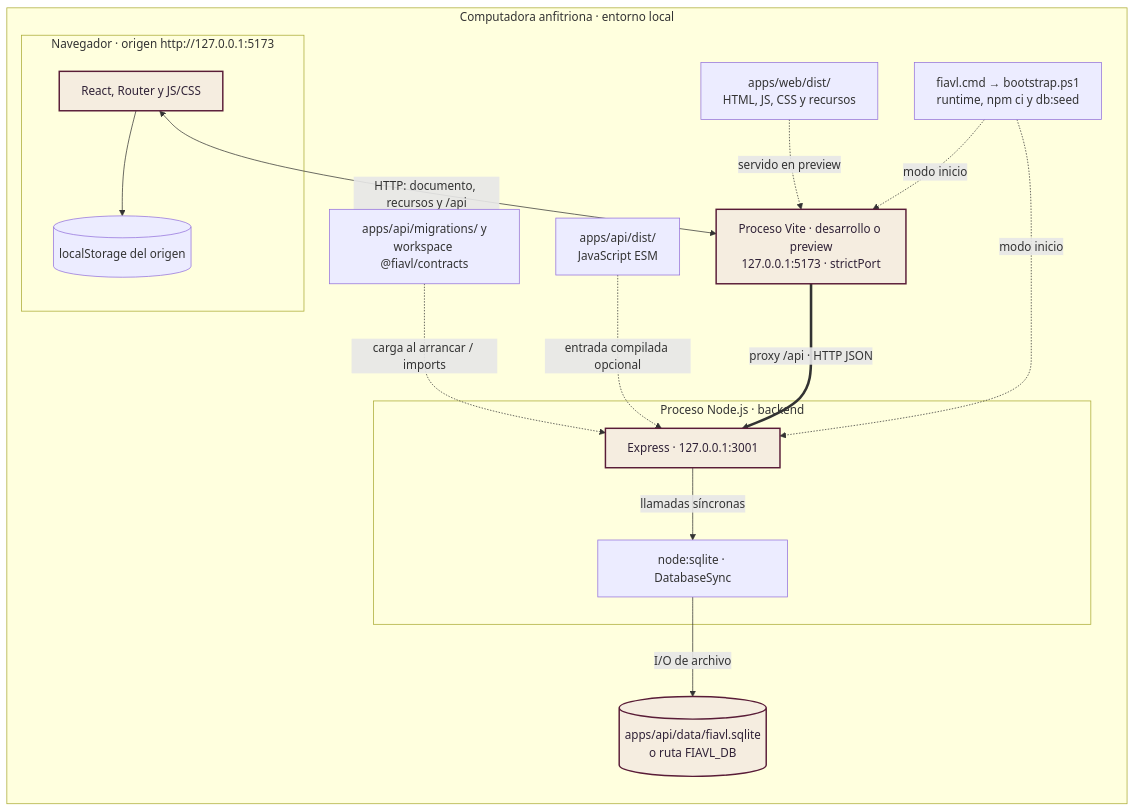
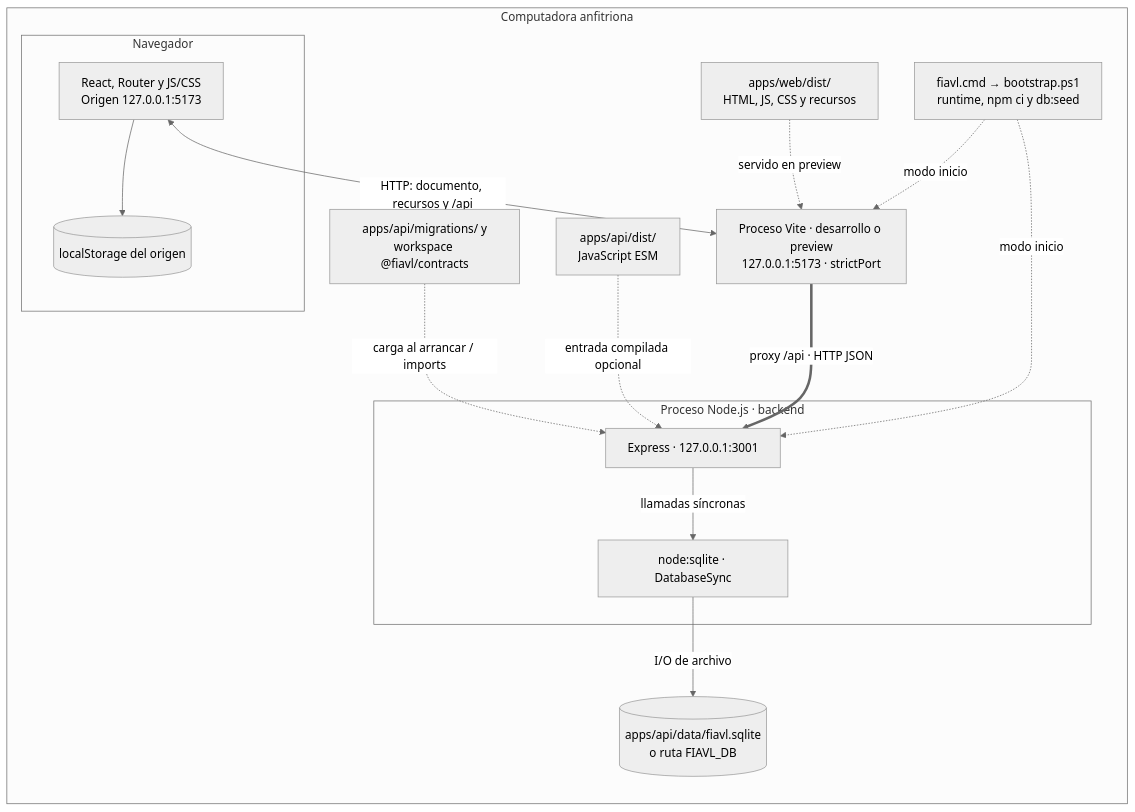
Before and after one commit to magomez36/FIAVL_Arquitectura-de-Software: the diagram in docs/architecture/04-vista-fisica.md, drawn with Mermaid. The commit also changed 143 other files, not shown here.

Commit message:
docs(architecture): simplifica documentacion y corrige exportacion completa del PDF

````diff
--- a/docs/architecture/04-vista-fisica.md
+++ b/docs/architecture/04-vista-fisica.md
@@ -9,32 +9,34 @@
 ```mermaid
+---
+config:
+  theme: neutral
+---
 flowchart TB
-  subgraph HOST["Computadora anfitriona · entorno local"]
+  subgraph HOST["Computadora anfitriona"]
     direction TB
     BOOT["fiavl.cmd → bootstrap.ps1<br/>runtime, npm ci y db:seed"]
-    subgraph B["Navegador · origen http://127.0.0.1:5173"]
-      APP["React, Router y JS/CSS"]
+    subgraph B["Navegador"]
+      APP["React, Router y JS/CSS<br/>Origen 127.0.0.1:5173"]
       LS[("localStorage del origen")]
       APP --> LS
     end
     VITE["Proceso Vite · desarrollo o preview<br/>127.0.0.1:5173 · strictPort"]
     subgraph N["Proceso Node.js · backend"]
       HTTP["Express · 127.0.0.1:3001"]
       SQLITE["node:sqlite · DatabaseSync"]
       HTTP -->|llamadas síncronas| SQLITE
     end
     FILE[("apps/api/data/fiavl.sqlite<br/>o ruta FIAVL_DB")]
     WEB["apps/web/dist/<br/>HTML, JS, CSS y recursos"]
     API["apps/api/dist/<br/>JavaScript ESM"]
     MIG["apps/api/migrations/ y<br/>workspace @fiavl/contracts"]
     BOOT -.->|"modo inicio"| VITE
     BOOT -.->|"modo inicio"| HTTP
     APP <-->|"HTTP: documento, recursos y /api"| VITE
     VITE ==>|"proxy /api · HTTP JSON"| HTTP
     SQLITE -->|I/O de archivo| FILE
     WEB -.->|servido en preview| VITE
     API -.->|entrada compilada opcional| HTTP
     MIG -.->|"carga al arrancar / imports"| HTTP
   end
-  classDef accent fill:#F5EDE0,stroke:#591C37,color:#302237,stroke-width:2px
-  class APP,VITE,HTTP,FILE accent
 ```
````
